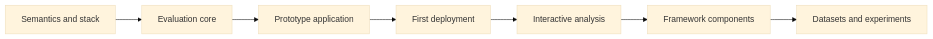
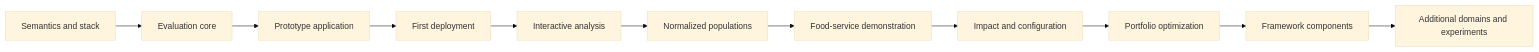
One commit to eseidinger/variability-analysis changed the diagram in docs/04-development/development-plan.md. Above: the diagram before and after it, drawn with Mermaid (base theme). The commit also changed other lines of this file and 23 other files, not shown here.

````diff
--- a/docs/04-development/development-plan.md
+++ b/docs/04-development/development-plan.md
@@ -5,9 +5,13 @@
 ```mermaid
 flowchart LR
     Semantics[Semantics and stack] --> Core[Evaluation core]
     Core --> App[Prototype application]
     App --> Deploy[First deployment]
     Deploy --> Interactive[Interactive analysis]
-    Interactive --> Framework[Framework components]
-    Framework --> Experiments[Datasets and experiments]
+    Interactive --> Normalize[Normalized populations]
+    Normalize --> Food[Food-service demonstration]
+    Food --> Impact[Impact and configuration]
+    Impact --> Optimize[Portfolio optimization]
+    Optimize --> Framework[Framework components]
+    Framework --> Experiments[Additional domains and experiments]
 ```
````
